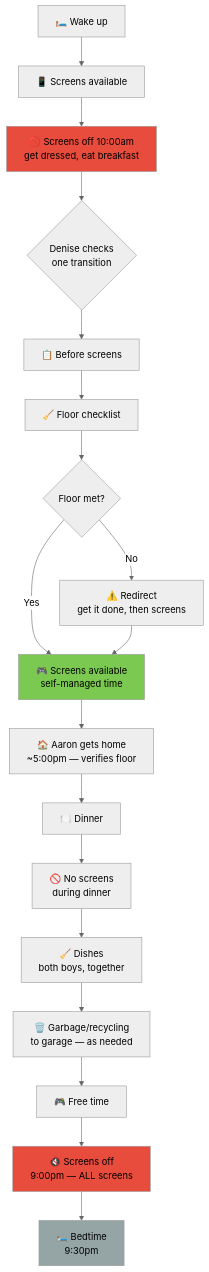
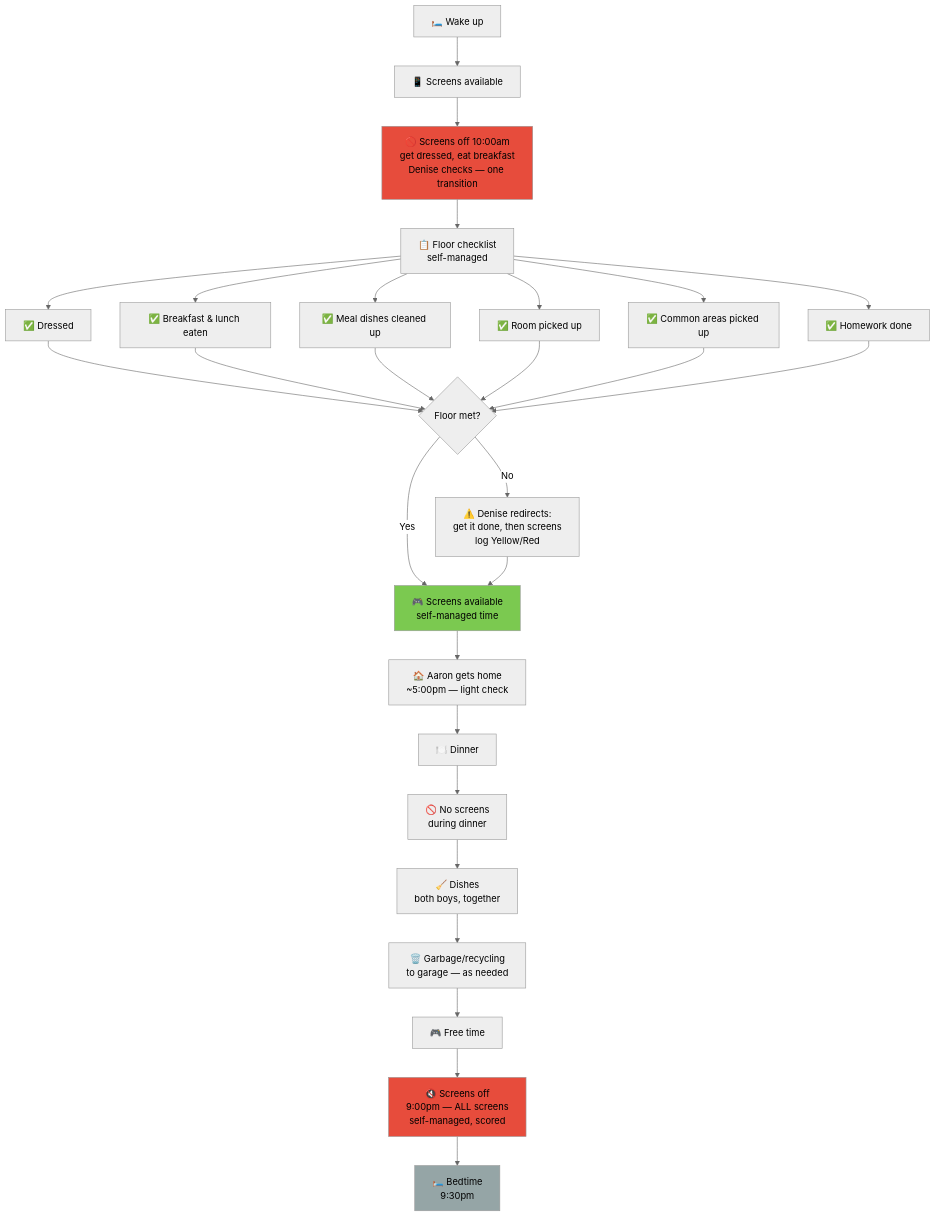
The second of 2 diagrams in day-types/05-weekday-off.md (ajass/technology-reset), drawn with Mermaid (neutral theme) before and after one commit. The commit also changed other lines of this file and 10 other files, not shown here.

````diff
--- a/day-types/05-weekday-off.md
+++ b/day-types/05-weekday-off.md
@@ -7,25 +58,34 @@
 ```mermaid
 flowchart TD
     A["🛏️ Wake up"] --> B["📱 Screens available"]
-    B --> C["🚫 Screens off 10:00am<br/>get dressed, eat breakfast"]
-    C --> D{"Denise checks<br/>one transition"}
-    D --> E["📋 Before screens"]
-    E --> E1["🧹 Floor checklist"]
-    E1 --> F{"Floor met?"}
-    F -->|Yes| G["🎮 Screens available<br/>self-managed time"]
-    F -->|No| H["⚠️ Redirect<br/>get it done, then screens"]
-    H --> G
-    G --> I["🏠 Aaron gets home<br/>~5:00pm — verifies floor"]
+    B --> C["🚫 Screens off 10:00am<br/>get dressed, eat breakfast<br/>Denise checks — one transition"]
+    C --> D["📋 Floor checklist<br/>self-managed"]
+    D --> D1["✅ Dressed"]
+    D --> D2["✅ Breakfast & lunch eaten"]
+    D --> D3["✅ Meal dishes cleaned up"]
+    D --> D4["✅ Room picked up"]
+    D --> D5["✅ Common areas picked up"]
+    D --> D6["✅ Homework done"]
+    D1 --> E{"Floor met?"}
+    D2 --> E
+    D3 --> E
+    D4 --> E
+    D5 --> E
+    D6 --> E
+    E -->|Yes| F["🎮 Screens available<br/>self-managed time"]
+    E -->|No| G["⚠️ Denise redirects:<br/>get it done, then screens<br/>log Yellow/Red"]
+    G --> F
+    F --> I["🏠 Aaron gets home<br/>~5:00pm — light check"]
     I --> J["🍽️ Dinner"]
     J --> K["🚫 No screens<br/>during dinner"]
     K --> L["🧹 Dishes<br/>both boys, together"]
     L --> M["🗑️ Garbage/recycling<br/>to garage — as needed"]
     M --> N["🎮 Free time"]
-    N --> O["🔇 Screens off<br/>9:00pm — ALL screens"]
+    N --> O["🔇 Screens off<br/>9:00pm — ALL screens<br/>self-managed, scored"]
     O --> P["🛏️ Bedtime<br/>9:30pm"]
 
     style C fill:#e74c3c
-    style G fill:#7bc950
+    style F fill:#7bc950
     style O fill:#e74c3c
     style P fill:#95a5a6
 ```
````
